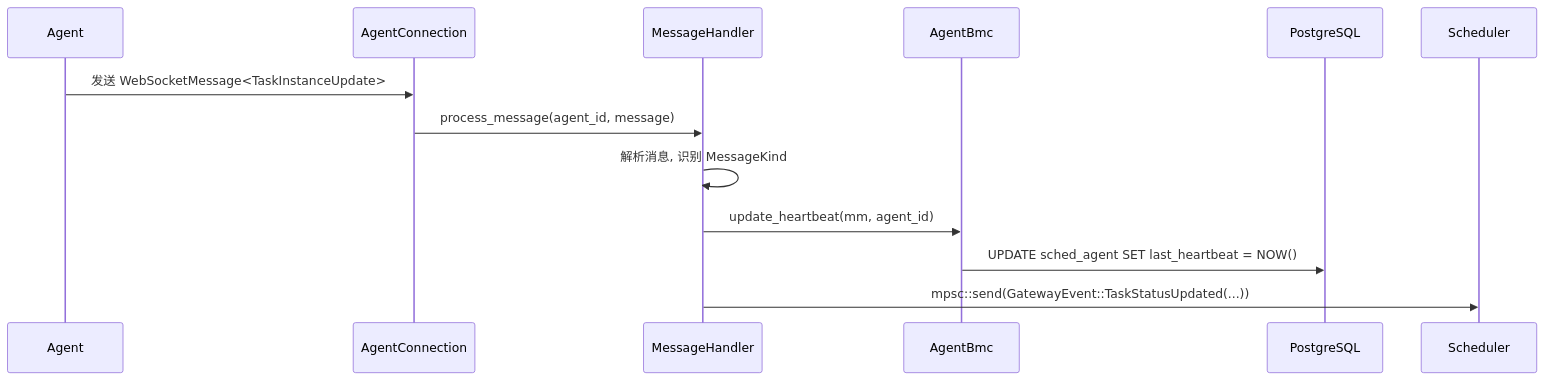
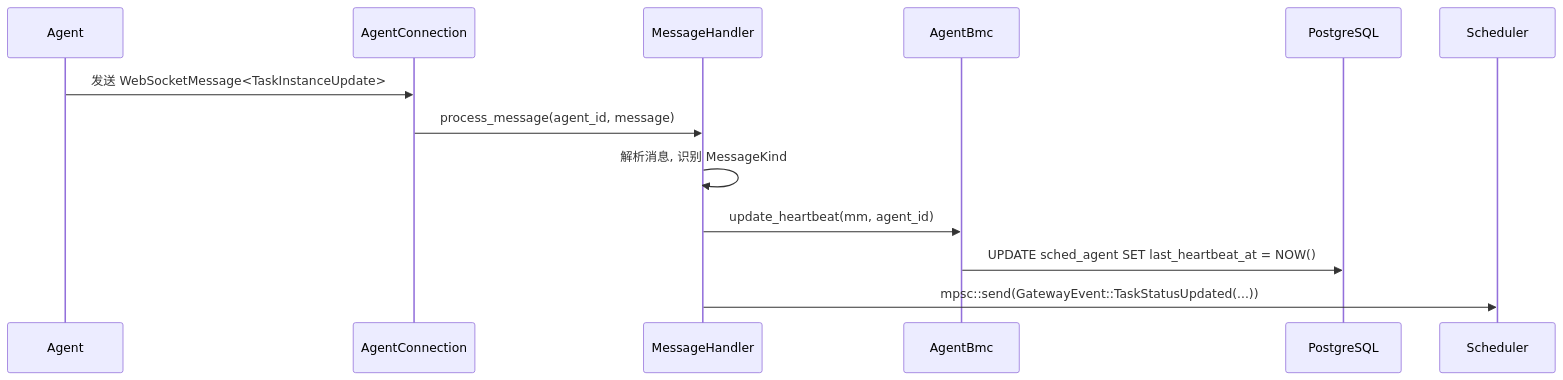
Before and after one commit to fusion-data/fusion-data: the third of 4 diagrams in hetuflow/hetuflow-docs/src/hetuflow/server/server-gateway.md, drawn with Mermaid. The commit also changed other lines of this file and 35 other files, not shown here.

Commit message:
refactor(server): rename server_overdue_ttl to server_heartbeat_ttl for clarity refactor(core): rename last_heartbeat to last_heartbeat_at across models refactor(web): update UI to use last_heartbeat_at field

````diff
--- a/hetuflow/hetuflow-docs/src/hetuflow/server/server-gateway.md
+++ b/hetuflow/hetuflow-docs/src/hetuflow/server/server-gateway.md
@@ -577,16 +577,16 @@
 ```mermaid
 sequenceDiagram
     participant Agent
     participant Conn as AgentConnection
     participant Router as MessageHandler
     participant BMC as AgentBmc
     participant DB as PostgreSQL
     participant Scheduler
 
     Agent->>Conn: 发送 WebSocketMessage<TaskInstanceUpdate>
     Conn->>Router: process_message(agent_id, message)
     Router->>Router: 解析消息, 识别 MessageKind
     Router->>BMC: update_heartbeat(mm, agent_id)
-    BMC->>DB: UPDATE sched_agent SET last_heartbeat = NOW()
+    BMC->>DB: UPDATE sched_agent SET last_heartbeat_at = NOW()
     Router->>Scheduler: mpsc::send(GatewayEvent::TaskStatusUpdated(...))
 ```
````
